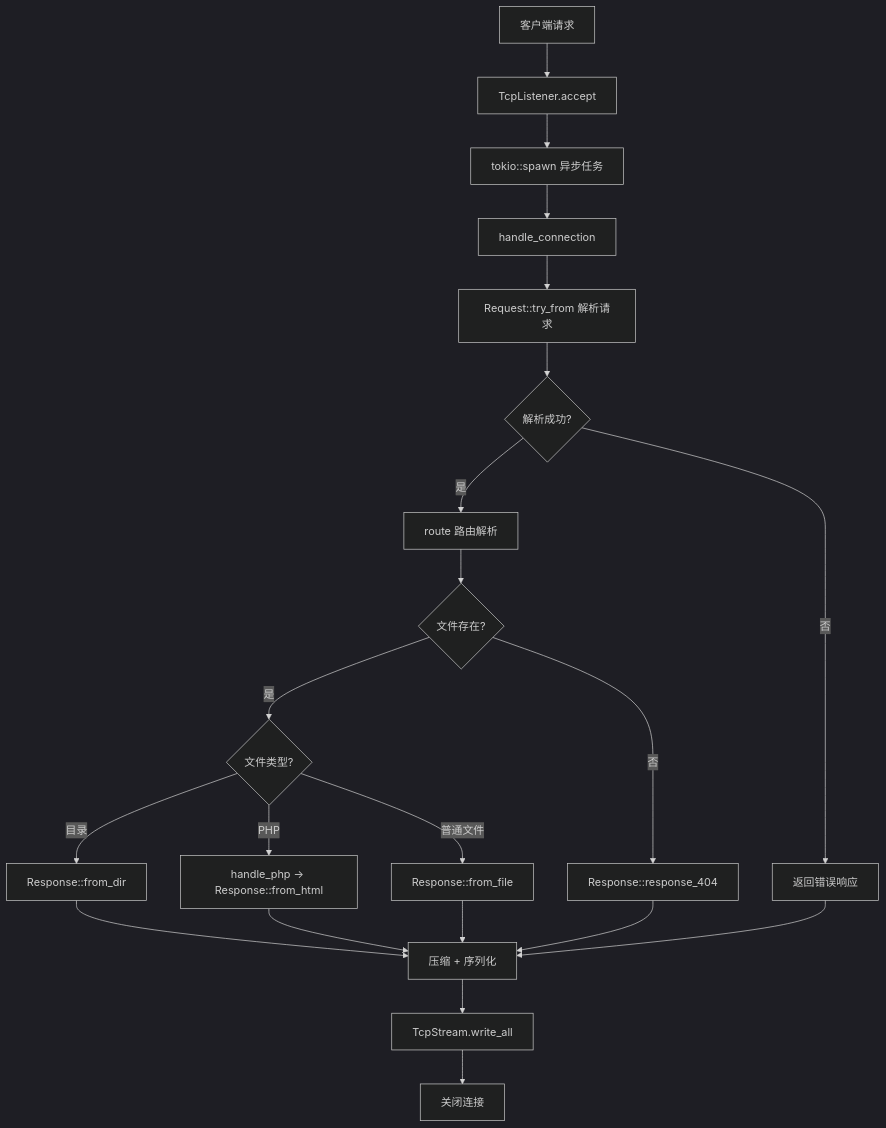
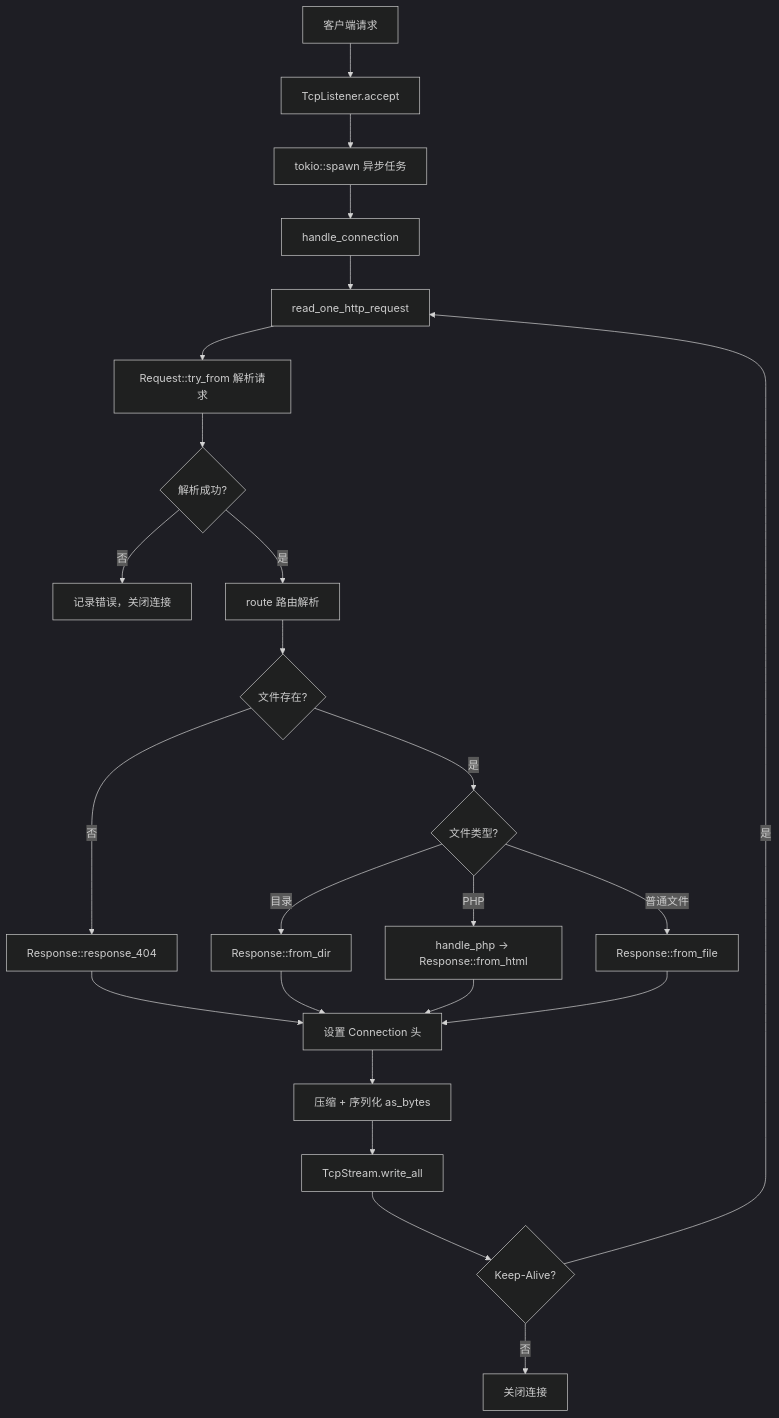
Before and after one commit to cita-777/webserver: the diagram in CODE_STRUCTURE.md, drawn with Mermaid (dark theme). The commit also changed other lines of this file and 1 other file, not shown here.

````diff
--- a/CODE_STRUCTURE.md
+++ b/CODE_STRUCTURE.md
@@ -214,23 +266,26 @@
 ```mermaid
 flowchart TD
     A[客户端请求] --> B[TcpListener.accept]
     B --> C[tokio::spawn 异步任务]
     C --> D[handle_connection]
-    D --> E[Request::try_from 解析请求]
-    E --> F{解析成功?}
-    F -- 否 --> G[返回错误响应]
-    F -- 是 --> H[route 路由解析]
-    H --> I{文件存在?}
-    I -- 否 --> J[Response::response_404]
-    I -- 是 --> K{文件类型?}
-    K -- 目录 --> L[Response::from_dir]
-    K -- PHP --> M[handle_php → Response::from_html]
-    K -- 普通文件 --> N[Response::from_file]
-    L --> O[压缩 + 序列化]
-    M --> O
-    N --> O
-    J --> O
-    G --> O
-    O --> P[TcpStream.write_all]
-    P --> Q[关闭连接]
+    D --> E[read_one_http_request]
+    E --> F[Request::try_from 解析请求]
+    F --> G{解析成功?}
+    G -- 否 --> H[记录错误，关闭连接]
+    G -- 是 --> I[route 路由解析]
+    I --> J{文件存在?}
+    J -- 否 --> K[Response::response_404]
+    J -- 是 --> L{文件类型?}
+    L -- 目录 --> M[Response::from_dir]
+    L -- PHP --> N[handle_php → Response::from_html]
+    L -- 普通文件 --> O[Response::from_file]
+    K --> P[设置 Connection 头]
+    M --> P
+    N --> P
+    O --> P
+    P --> Q[压缩 + 序列化 as_bytes]
+    Q --> R[TcpStream.write_all]
+    R --> S{Keep-Alive?}
+    S -- 是 --> E
+    S -- 否 --> T[关闭连接]
 ```
````
